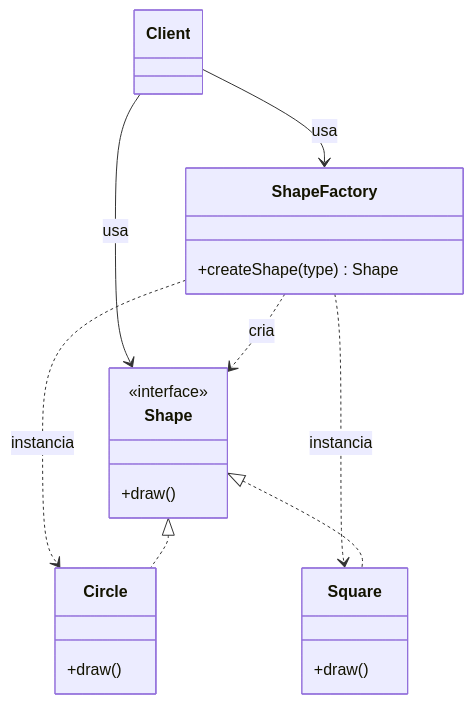
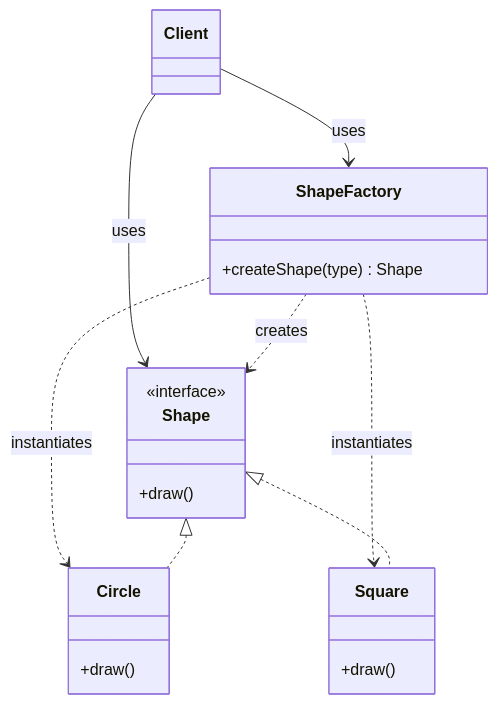
Before and after one commit to alancesar/design-patterns: the diagram in docs/coding/gof/creational/factory.md, drawn with Mermaid. The commit also changed 258 other files, not shown here.

First line of the commit message:
Translate Mermaid diagrams to English

````diff
--- a/docs/coding/gof/creational/factory.md
+++ b/docs/coding/gof/creational/factory.md
@@ -60,24 +60,24 @@
 ```mermaid
 classDiagram
     class Client
     class ShapeFactory {
         +createShape(type) Shape
     }
     class Shape {
         <<interface>>
         +draw()
     }
     class Circle {
         +draw()
     }
     class Square {
         +draw()
     }
-    Client --> ShapeFactory : usa
-    Client --> Shape : usa
-    ShapeFactory ..> Shape : cria
-    ShapeFactory ..> Circle : instancia
-    ShapeFactory ..> Square : instancia
+    Client --> ShapeFactory : uses
+    Client --> Shape : uses
+    ShapeFactory ..> Shape : creates
+    ShapeFactory ..> Circle : instantiates
+    ShapeFactory ..> Square : instantiates
     Shape <|.. Circle
     Shape <|.. Square
 ```
````
